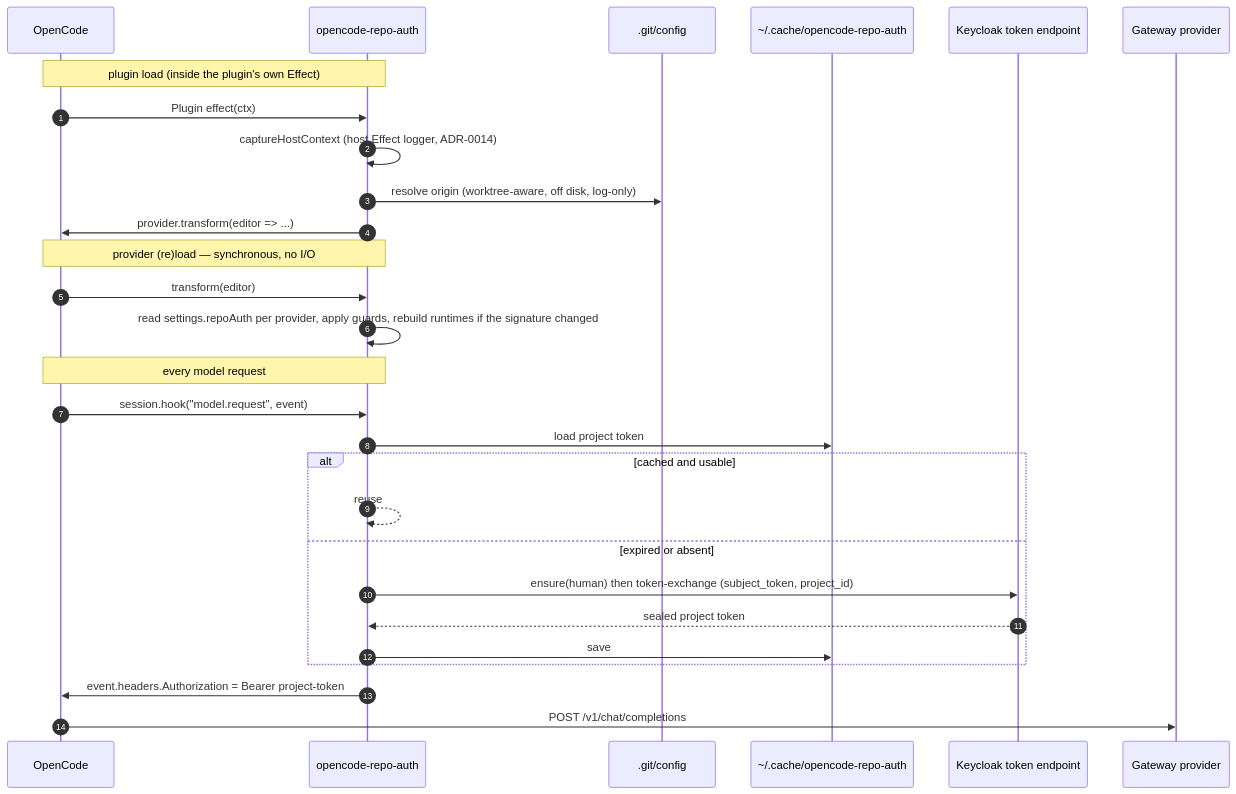
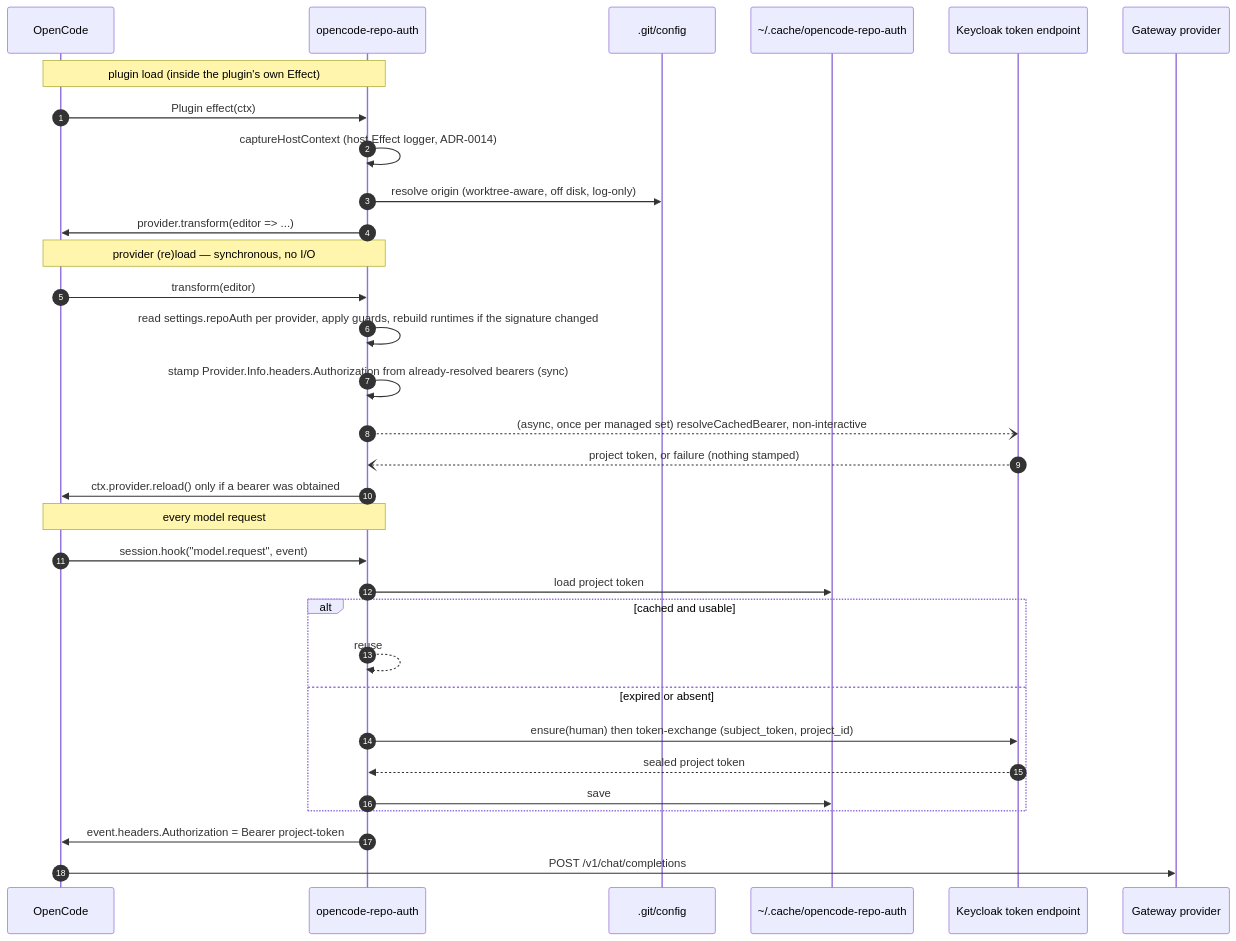
Before and after one commit to ADORSYS-GIS/lightbridge-opencode-toolbeit: the first of 3 diagrams in docs/repo-auth.md, drawn with Mermaid. The commit also changed other lines of this file and 6 other files, not shown here.

First line of the commit message:
feat(repo-auth): restore config-time bearer stamp as async resolve + sync stamp

````diff
--- a/docs/repo-auth.md
+++ b/docs/repo-auth.md
@@ -62,33 +62,37 @@
 ```mermaid
 sequenceDiagram
     autonumber
     participant OC as OpenCode
     participant RA as opencode-repo-auth
     participant Git as .git/config
     participant Cache as ~/.cache/opencode-repo-auth
     participant KC as Keycloak token endpoint
     participant GW as Gateway provider
 
     Note over OC,RA: plugin load (inside the plugin's own Effect)
     OC->>RA: Plugin effect(ctx)
     RA->>RA: captureHostContext (host Effect logger, ADR-0014)
     RA->>Git: resolve origin (worktree-aware, off disk, log-only)
     RA->>OC: provider.transform(editor => ...)
 
     Note over OC,RA: provider (re)load — synchronous, no I/O
     OC->>RA: transform(editor)
     RA->>RA: read settings.repoAuth per provider, apply guards, rebuild runtimes if the signature changed
+    RA->>RA: stamp Provider.Info.headers.Authorization from already-resolved bearers (sync)
+    RA--)KC: (async, once per managed set) resolveCachedBearer, non-interactive
+    KC--)RA: project token, or failure (nothing stamped)
+    RA->>OC: ctx.provider.reload() only if a bearer was obtained
 
     Note over OC,RA: every model request
     OC->>RA: session.hook("model.request", event)
     RA->>Cache: load project token
     alt cached and usable
         RA-->>RA: reuse
     else expired or absent
         RA->>KC: ensure(human) then token-exchange (subject_token, project_id)
         KC-->>RA: sealed project token
         RA->>Cache: save
     end
     RA->>OC: event.headers.Authorization = Bearer project-token
     OC->>GW: POST /v1/chat/completions
 ```
````
